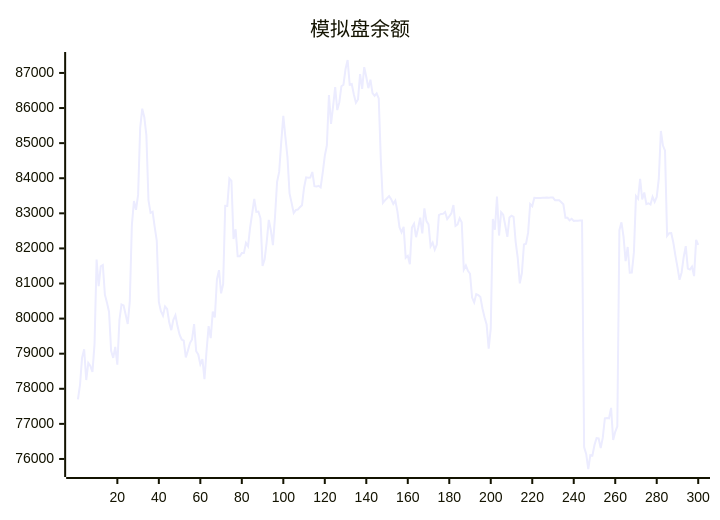
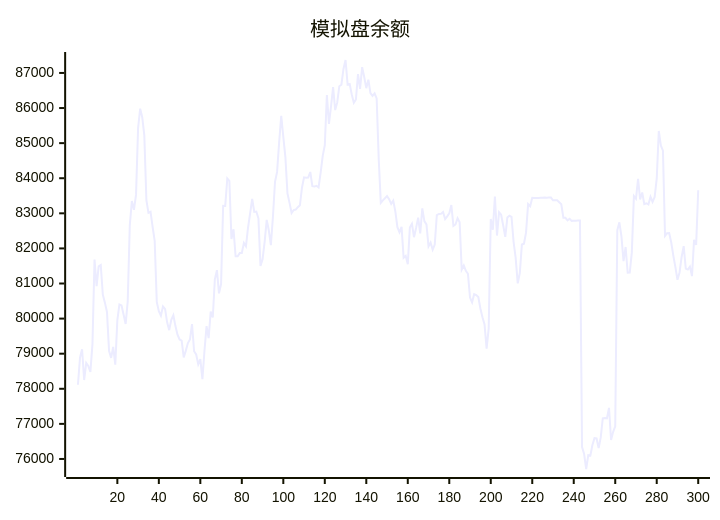
One commit to aahl/ai-trading changed the diagram in README.md. Above: the diagram before and after it, drawn with Mermaid. The commit also changed other lines of this file and 1 other file, not shown here.

````diff
--- a/README.md
+++ b/README.md
@@ -5,5 +5,5 @@
 ```mermaid
 xychart
     title "模拟盘余额"
-    line [77695,78114,78888,79126,78249,78738,78653,78478,79271,81680,80923,81488,81527,80681,80455,80190,79084,78879,79193,78686,79954,80403,80374,80118,79848,80491,82665,83351,83098,83525,85430,85983,85737,85221,83378,83014,83043,82613,82216,80477,80208,80081,80348,80277,79894,79670,79965,80093,79786,79542,79406,79371,78893,79087,79304,79406,79841,79072,78978,78696,78846,78272,79085,79787,79442,80198,80031,81120,81379,80718,80985,83214,83212,83993,83921,82270,82547,81776,81776,81866,81866,82158,82061,82596,83000,83408,83041,83050,82858,81503,81691,82188,82812,82517,82092,82901,83898,84180,85030,85781,85178,84604,83569,83298,83008,83093,83107,83175,83228,83729,84025,84017,84019,84177,83775,83762,83785,83738,84160,84639,84939,86370,85548,86046,86599,85942,86161,86622,86664,87115,87369,86666,86685,86384,86152,86243,86969,86548,87164,86885,86566,86809,86427,86348,86417,86273,84538,83299,83369,83430,83490,83404,83270,83362,83056,82605,82459,82614,81734,81788,81551,82598,82702,82320,82580,82878,82426,83139,82778,82686,82056,82166,81963,82110,82951,82983,82984,83038,82838,82915,82998,83235,82642,82682,82858,82746,81396,81512,81362,81277,80600,80461,80699,80673,80616,80288,80038,79836,79142,79722,82837,82533,83480,82366,83032,82960,82654,82330,82883,82934,82901,82188,81728,81005,81298,82110,82135,82449,83264,83203,83440,83439,83440,83440,83446,83447,83448,83447,83448,83449,83369,83369,83369,83313,83256,82872,82873,82801,82844,82785,82791,82791,82793,82794,76339,76145,75714,76110,76096,76397,76594,76585,76310,76607,77160,77170,77160,77456,76541,76774,76927,82520,82744,82337,81639,82040,81307,81314,81887,83490,83414,83984,83396,83594,83261,83287,83253,83470,83327,83465,83987,85348,84930,84786,82355,82433,82438,82167,81795,81466,81105,81315,81756,82064,81426,81398,81481,81210,82242,82099]
+    line [78114,78888,79126,78249,78738,78653,78478,79271,81680,80923,81488,81527,80681,80455,80190,79084,78879,79193,78686,79954,80403,80374,80118,79848,80491,82665,83351,83098,83525,85430,85983,85737,85221,83378,83014,83043,82613,82216,80477,80208,80081,80348,80277,79894,79670,79965,80093,79786,79542,79406,79371,78893,79087,79304,79406,79841,79072,78978,78696,78846,78272,79085,79787,79442,80198,80031,81120,81379,80718,80985,83214,83212,83993,83921,82270,82547,81776,81776,81866,81866,82158,82061,82596,83000,83408,83041,83050,82858,81503,81691,82188,82812,82517,82092,82901,83898,84180,85030,85781,85178,84604,83569,83298,83008,83093,83107,83175,83228,83729,84025,84017,84019,84177,83775,83762,83785,83738,84160,84639,84939,86370,85548,86046,86599,85942,86161,86622,86664,87115,87369,86666,86685,86384,86152,86243,86969,86548,87164,86885,86566,86809,86427,86348,86417,86273,84538,83299,83369,83430,83490,83404,83270,83362,83056,82605,82459,82614,81734,81788,81551,82598,82702,82320,82580,82878,82426,83139,82778,82686,82056,82166,81963,82110,82951,82983,82984,83038,82838,82915,82998,83235,82642,82682,82858,82746,81396,81512,81362,81277,80600,80461,80699,80673,80616,80288,80038,79836,79142,79722,82837,82533,83480,82366,83032,82960,82654,82330,82883,82934,82901,82188,81728,81005,81298,82110,82135,82449,83264,83203,83440,83439,83440,83440,83446,83447,83448,83447,83448,83449,83369,83369,83369,83313,83256,82872,82873,82801,82844,82785,82791,82791,82793,82794,76339,76145,75714,76110,76096,76397,76594,76585,76310,76607,77160,77170,77160,77456,76541,76774,76927,82520,82744,82337,81639,82040,81307,81314,81887,83490,83414,83984,83396,83594,83261,83287,83253,83470,83327,83465,83987,85348,84930,84786,82355,82433,82438,82167,81795,81466,81105,81315,81756,82064,81426,81398,81481,81210,82242,82099,83658]
 ```
````
